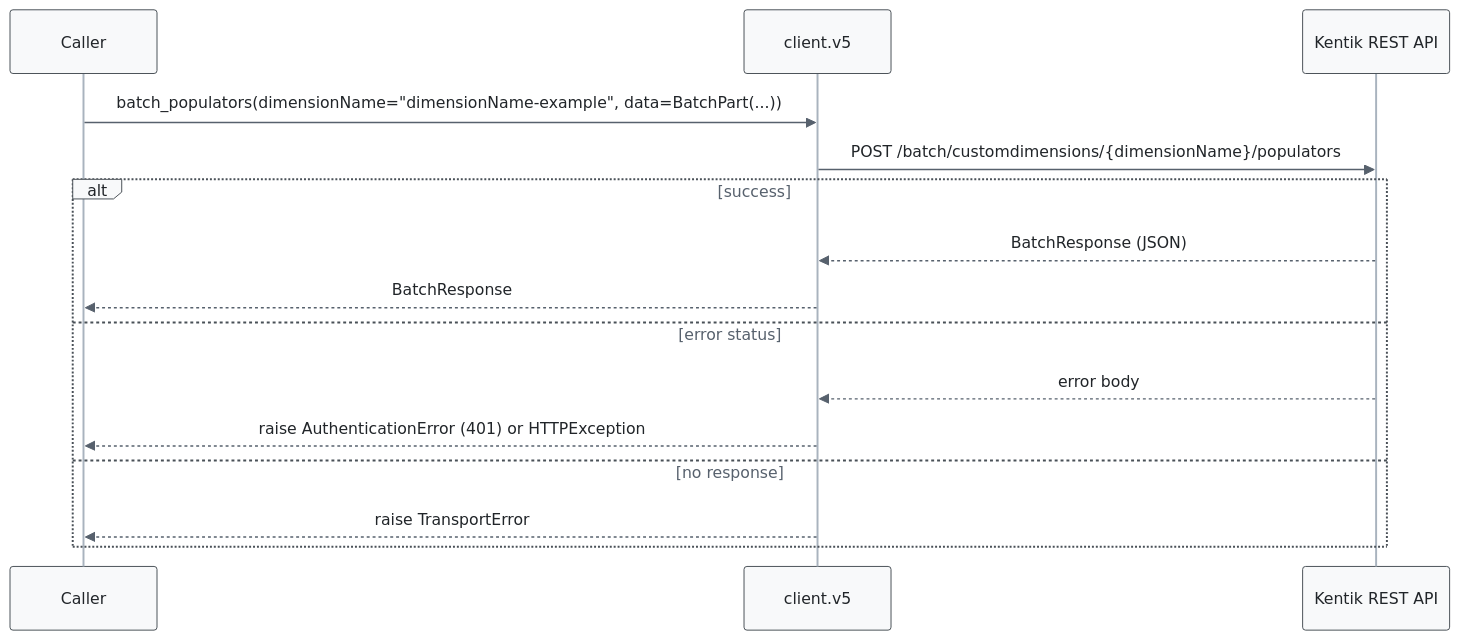
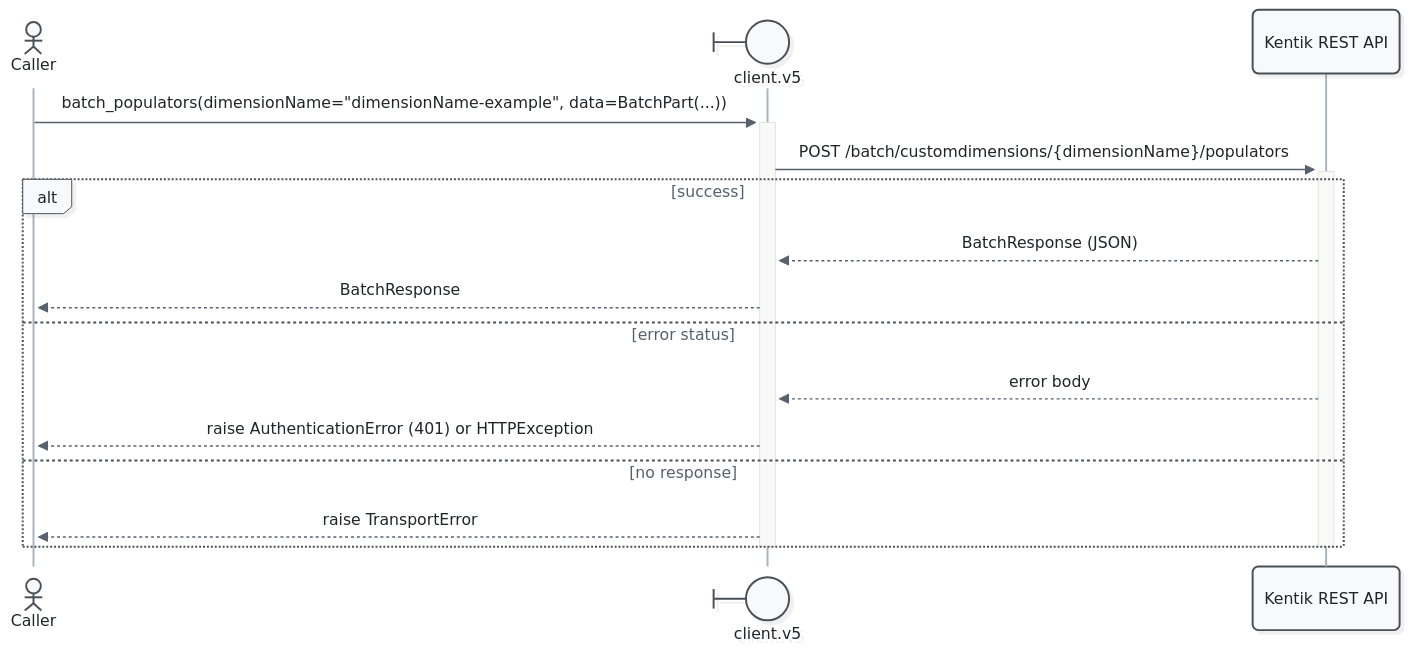
The first of 7 diagrams in docs/sphinx/services/v5.md (alexdearaujo/community_sdk_python), drawn with Mermaid before and after one commit. The commit also changed other lines of this file and 52 other files, not shown here.

First line of the commit message:
docs: Mermaid 12 sequence diagrams with participant types and path colors

````diff
--- a/docs/sphinx/services/v5.md
+++ b/docs/sphinx/services/v5.md
@@ -35,19 +35,21 @@
 ```mermaid
-%%{init: {"theme": "base", "fontFamily": "ui-monospace, SFMono-Regular, Menlo, monospace", "themeVariables": {"fontFamily": "ui-monospace, SFMono-Regular, Menlo, monospace", "primaryColor": "#f8f9fa", "primaryBorderColor": "#495057", "primaryTextColor": "#212529", "textColor": "#212529", "lineColor": "#77818c", "edgeLabelBackground": "#ffffff", "actorBkg": "#f8f9fa", "actorBorder": "#495057", "actorTextColor": "#212529", "actorLineColor": "#a9b3be", "signalColor": "#57616d", "signalTextColor": "#212529", "labelBoxBkgColor": "#f8f9fa", "labelBoxBorderColor": "#495057", "labelTextColor": "#212529", "loopTextColor": "#57616d", "noteBkgColor": "#fff9db", "noteBorderColor": "#f08c00", "noteTextColor": "#a35a00"}, "flowchart": {"curve": "step", "nodeSpacing": 30, "rankSpacing": 70, "wrappingWidth": 400}}}%%
+%%{init: {"theme": "redux", "look": "neo", "layout": "dagre", "fontFamily": "ui-monospace, SFMono-Regular, Menlo, monospace", "themeVariables": {"fontFamily": "ui-monospace, SFMono-Regular, Menlo, monospace", "primaryColor": "#f8f9fa", "primaryBorderColor": "#495057", "primaryTextColor": "#212529", "textColor": "#212529", "lineColor": "#77818c", "edgeLabelBackground": "#ffffff", "actorBkg": "#f8f9fa", "actorBorder": "#495057", "actorTextColor": "#212529", "actorLineColor": "#a9b3be", "signalColor": "#57616d", "signalTextColor": "#212529", "labelBoxBkgColor": "#f8f9fa", "labelBoxBorderColor": "#495057", "labelTextColor": "#212529", "loopTextColor": "#57616d", "noteBkgColor": "#fff9db", "noteBorderColor": "#f08c00", "noteTextColor": "#a35a00"}, "sequence": {"activationWidth": 16}, "flowchart": {"curve": "step", "nodeSpacing": 30, "rankSpacing": 70, "wrappingWidth": 400}}}%%
 sequenceDiagram
-    participant C as Caller
-    participant W as client.v5
+    actor C as Caller
+    participant W@{ "type": "boundary" } as client.v5
     participant API as Kentik REST API
 
-    C->>W: batch_populators(dimensionName="dimensionName-example", data=BatchPart(...))
-    W->>API: POST /batch/customdimensions/{dimensionName}/populators
+    C->>+W: batch_populators(dimensionName="dimensionName-example", data=BatchPart(...))
+    W->>+API: POST /batch/customdimensions/{dimensionName}/populators
     alt success
         API-->>W: BatchResponse (JSON)
         W-->>C: BatchResponse
     else error status
         API-->>W: error body
         W-->>C: raise AuthenticationError (401) or HTTPException
     else no response
         W-->>C: raise TransportError
     end
+    deactivate API
+    deactivate W
 ```
````
